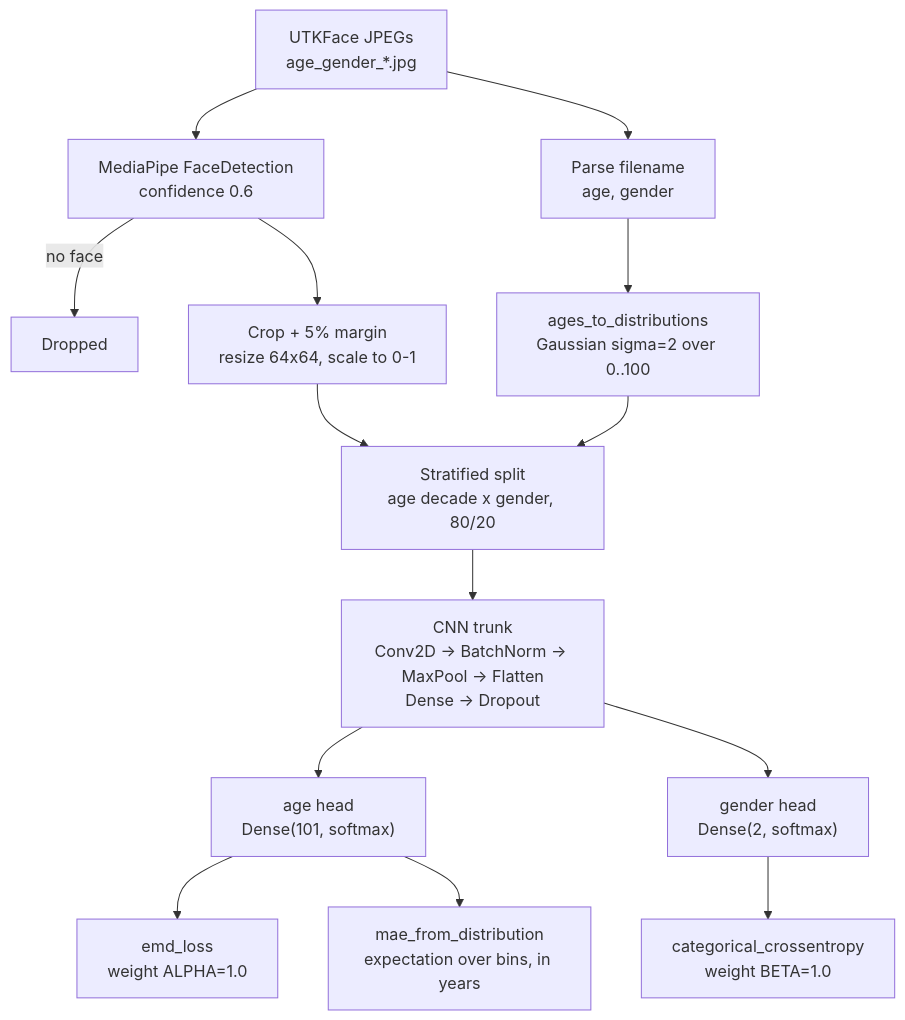
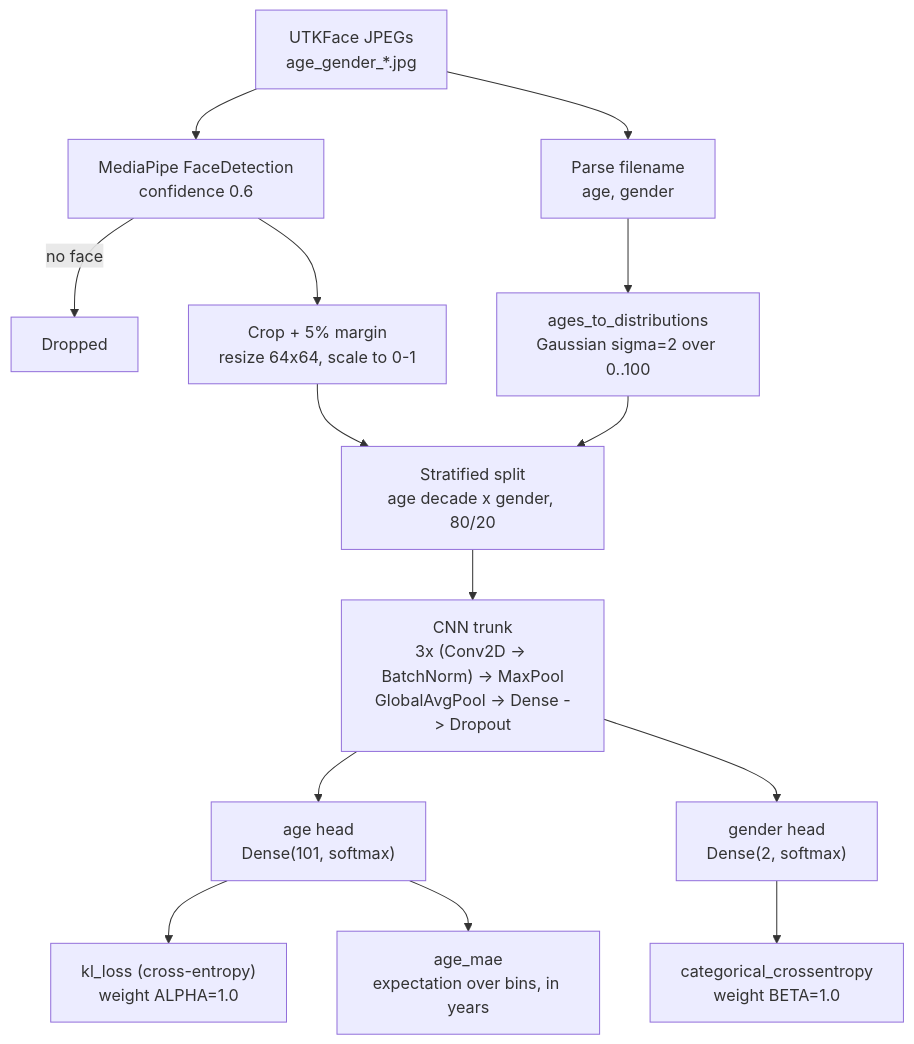
One commit to VishnujanNarayanan/Image_classifier changed the diagram in README.md. Above: the diagram before and after it, drawn with Mermaid. The commit also changed other lines of this file, not shown here.

````diff
--- a/README.md
+++ b/README.md
@@ -61,19 +65,19 @@
 ```mermaid
 flowchart TB
     F["UTKFace JPEGs<br/>age_gender_*.jpg"] --> P["Parse filename<br/>age, gender"]
     F --> D["MediaPipe FaceDetection<br/>confidence 0.6"]
     D -->|no face| Skip["Dropped"]
     D --> C["Crop + 5% margin<br/>resize 64x64, scale to 0-1"]
     P --> LDL["ages_to_distributions<br/>Gaussian sigma=2 over 0..100"]
 
     C --> S["Stratified split<br/>age decade x gender, 80/20"]
     LDL --> S
 
-    S --> M["CNN trunk<br/>Conv2D -> BatchNorm -> MaxPool -> Flatten<br/>Dense -> Dropout"]
+    S --> M["CNN trunk<br/>3x (Conv2D -> BatchNorm) -> MaxPool<br/>GlobalAvgPool -> Dense -> Dropout"]
     M --> A["age head<br/>Dense(101, softmax)"]
     M --> G["gender head<br/>Dense(2, softmax)"]
 
-    A --> LA["emd_loss<br/>weight ALPHA=1.0"]
+    A --> LA["kl_loss (cross-entropy)<br/>weight ALPHA=1.0"]
     G --> LG["categorical_crossentropy<br/>weight BETA=1.0"]
-    A --> MAE["mae_from_distribution<br/>expectation over bins, in years"]
+    A --> MAE["age_mae<br/>expectation over bins, in years"]
 ```
````
